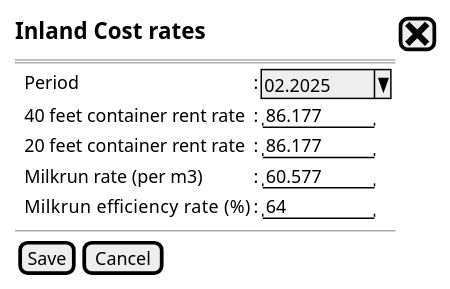
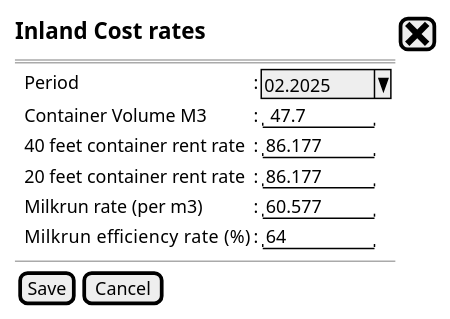
One commit to ari-fikri/packing-cost-mockup changed the diagram in params/inland rates.puml. Above: the diagram before and after it, drawn with PlantUML.

Commit message:
add container volume into inland params window

```diff
--- a/params/inland rates.puml
+++ b/params/inland rates.puml
@@ -1,17 +1,18 @@
 @startsalt
 {
    <size:15><b>Inland Cost rates|[<size:25><&x>]|*
   ==
   {
     .|Period                          |:|^ 02.2025 ^|*
+    .|Container Volume M3             |:|"   47.7  "|*
     .|40 feet container rent rate     |:|" 86.177  "|*
     .|20 feet container rent rate     |:|" 86.177  "|*
     .|Milkrun rate (per m3)           |:|" 60.577  "|*
     .|Milkrun efficiency rate   (%)   |:|"  64     "|*
   }
   --
   {
     [Save]|[Cancel]
   }
 }|
 @endsalt
```
